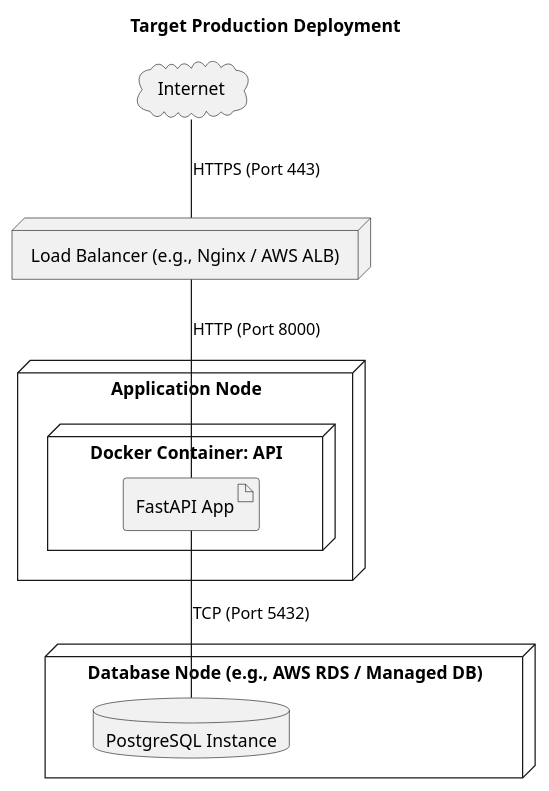
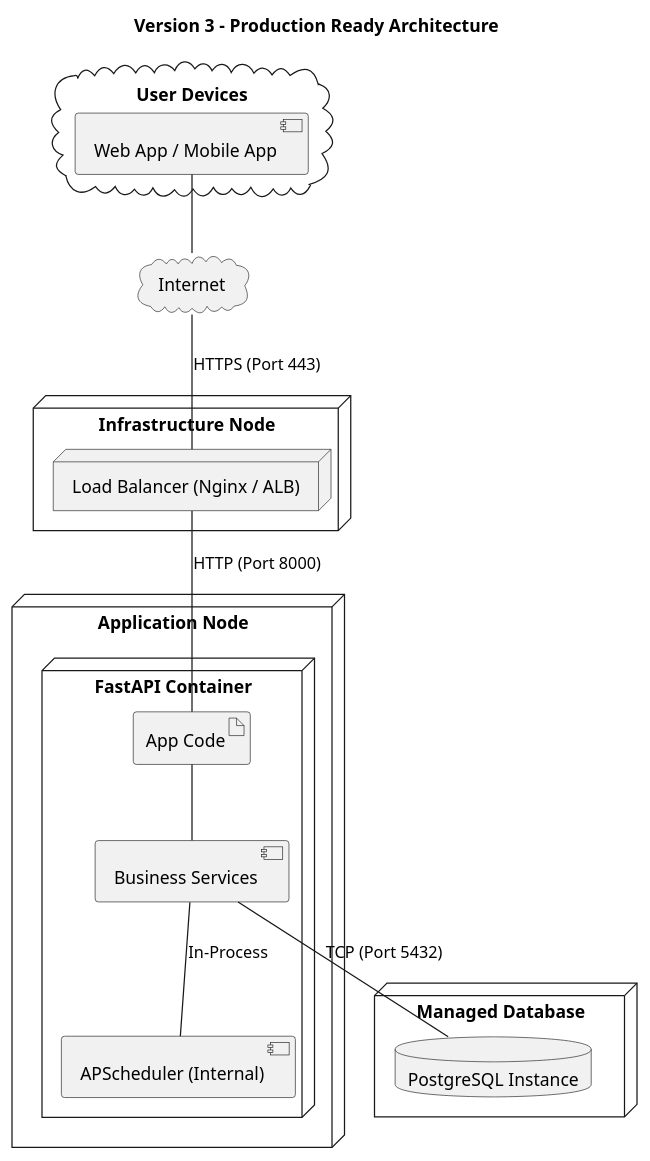
The third of 3 diagrams in diagrams/DEPLOYMENT_DIAGRAMS.md (NikosKoutsoukosPrelorentzos/you-want-ticket), drawn with PlantUML before and after one commit. The commit also changed other lines of this file and 24 other files, not shown here.

First line of the commit message:
Restructure and expand system documentation with versioned diagrams

````diff
--- a/diagrams/DEPLOYMENT_DIAGRAMS.md
+++ b/diagrams/DEPLOYMENT_DIAGRAMS.md
@@ -41,24 +74,36 @@
 ```plantuml
 @startuml
-title Target Production Deployment
+allowmixing
+title Version 3 - Production Ready Architecture
 
 cloud "Internet" as internet
 
-node "Load Balancer (e.g., Nginx / AWS ALB)" as lb
+node "Infrastructure Node" {
+  node "Load Balancer (Nginx / ALB)" as lb
+}
 
-node "Application Node" as app_node {
-  node "Docker Container: API" {
-    artifact "FastAPI App" as api_pod
+node "Application Node" {
+  node "FastAPI Container" {
+    artifact "App Code" as code
+    component "Business Services" as logic
+    component "APScheduler (Internal)" as scheduler
+    code -- logic
+    logic -- scheduler : "In-Process"
   }
 }
 
-node "Database Node (e.g., AWS RDS / Managed DB)" as db_node {
-  database "PostgreSQL Instance" as prod_db
+node "Managed Database" {
+  database "PostgreSQL Instance" as db
 }
 
 internet -- lb : "HTTPS (Port 443)"
-lb -- api_pod : "HTTP (Port 8000)"
-api_pod -- prod_db : "TCP (Port 5432)"
+lb -- code : "HTTP (Port 8000)"
+logic -- db : "TCP (Port 5432)"
 
+cloud "User Devices" {
+  component "Web App / Mobile App" as client
+}
+
+client -- internet
 @enduml
 ```
````
